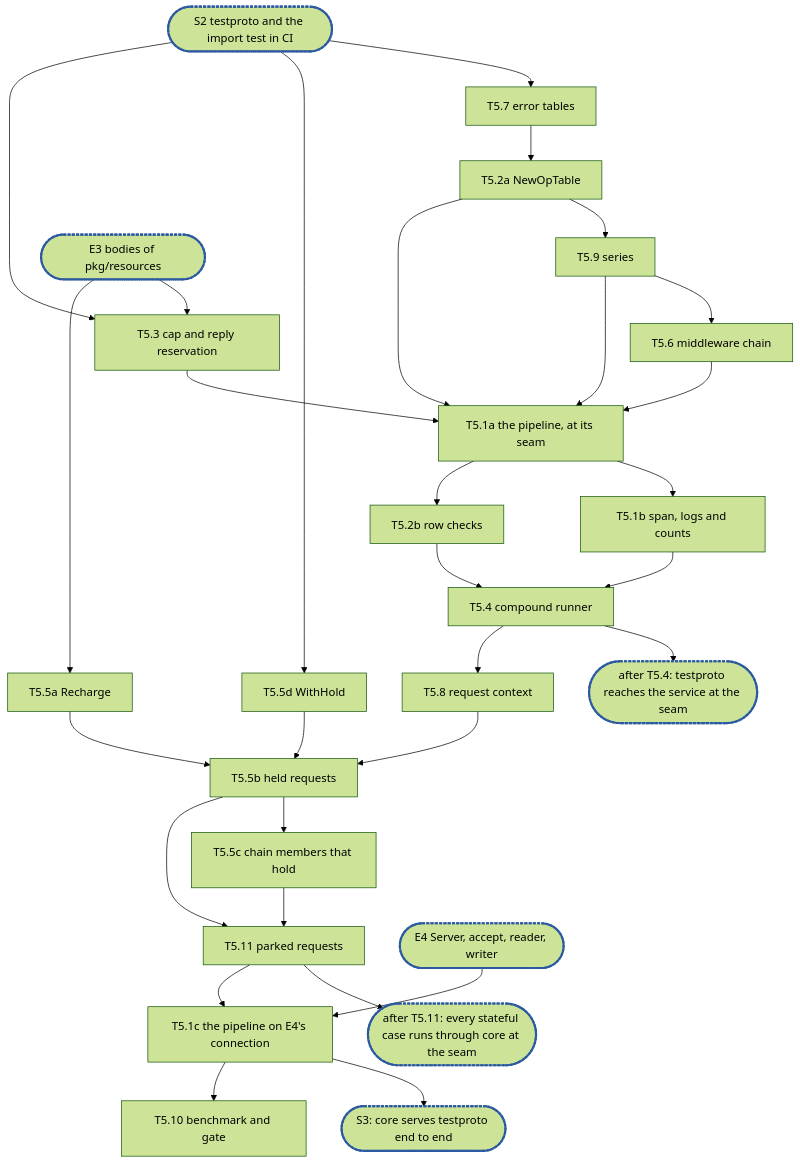
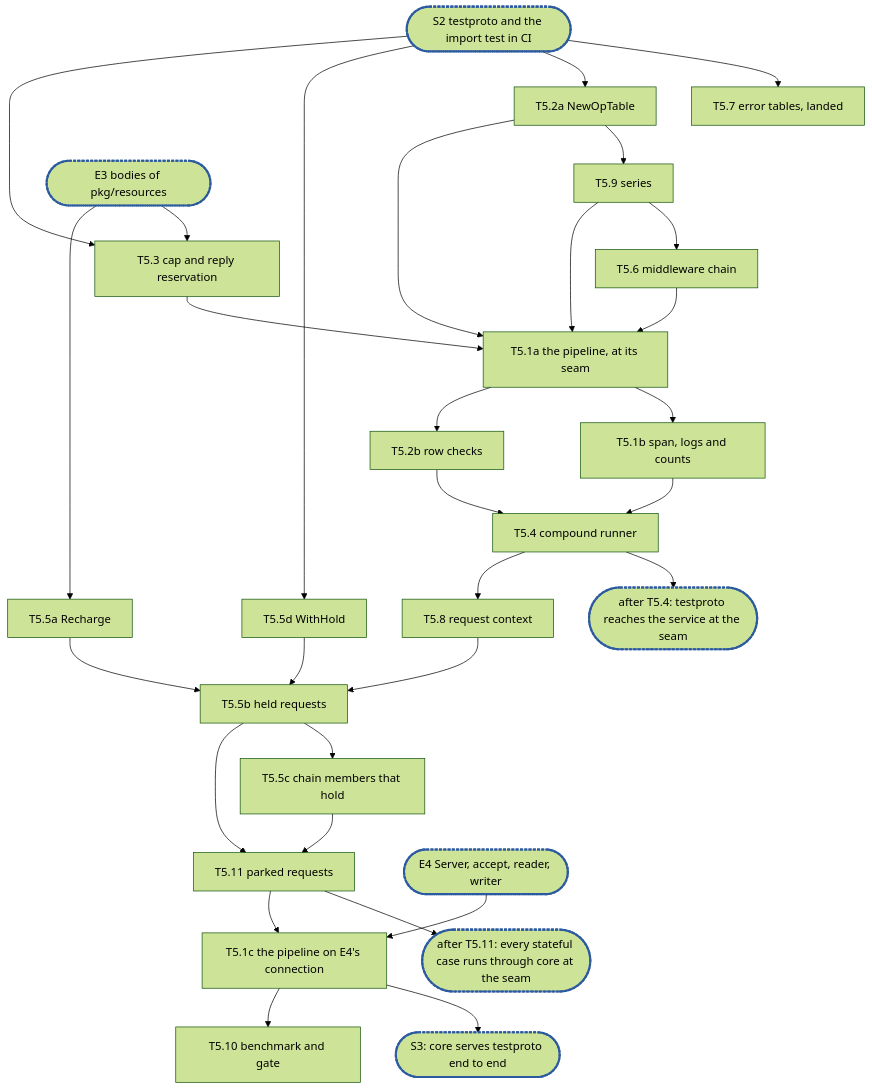
One commit to cubbit/dittofs changed the diagram in docs/internals/planning/rfc-20-adapters-epic5.md. Above: the diagram before and after it, drawn with Mermaid (forest theme). The commit also changed other lines of this file and 5 other files, not shown here.

````diff
--- a/docs/internals/planning/rfc-20-adapters-epic5.md
+++ b/docs/internals/planning/rfc-20-adapters-epic5.md
@@ -1904,33 +1904,33 @@
 ```mermaid
 flowchart TD
-  S2(["S2 testproto and the import test in CI"]):::sync --> T5_7["T5.7 error tables"]
-  T5_7 --> T5_2a["T5.2a NewOpTable"]
+  S2(["S2 testproto and the import test in CI"]):::sync --> T5_7["T5.7 error tables, landed"]
+  S2 --> T5_2a["T5.2a NewOpTable"]
   T5_2a --> T5_9["T5.9 series"]
   T5_9 --> T5_6["T5.6 middleware chain"]
   S2 --> T5_5d["T5.5d WithHold"]
   S2 --> T5_3["T5.3 cap and reply reservation"]
   E3(["E3 bodies of pkg/resources"]):::sync --> T5_3
   E3 --> T5_5a["T5.5a Recharge"]
   T5_2a --> T5_1a["T5.1a the pipeline, at its seam"]
   T5_9 --> T5_1a
   T5_6 --> T5_1a
   T5_3 --> T5_1a
   T5_1a --> T5_1b["T5.1b span, logs and counts"]
   T5_1a --> T5_2b["T5.2b row checks"]
   T5_1b --> T5_4["T5.4 compound runner"]
   T5_2b --> T5_4
   T5_4 --> C1(["after T5.4: testproto reaches the service at the seam"]):::sync
   T5_4 --> T5_8["T5.8 request context"]
   T5_5a --> T5_5b["T5.5b held requests"]
   T5_5d --> T5_5b
   T5_8 --> T5_5b
   T5_5b --> T5_5c["T5.5c chain members that hold"]
   T5_5b --> T5_11["T5.11 parked requests"]
   T5_5c --> T5_11
   T5_11 --> C2(["after T5.11: every stateful case runs through core at the seam"]):::sync
   E4(["E4 Server, accept, reader, writer"]):::sync --> T5_1c["T5.1c the pipeline on E4's connection"]
   T5_11 --> T5_1c
   T5_1c --> C3(["S3: core serves testproto end to end"]):::sync
   T5_1c --> T5_10["T5.10 benchmark and gate"]
   classDef sync stroke:#2c5aa0,stroke-width:3px,stroke-dasharray:4 2
 ```
````
